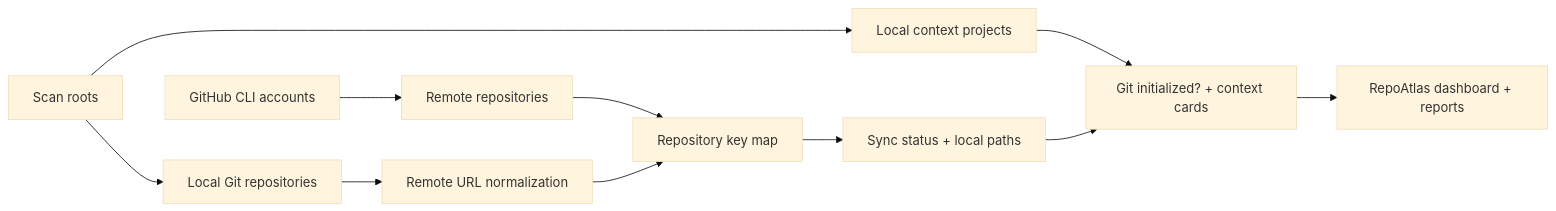
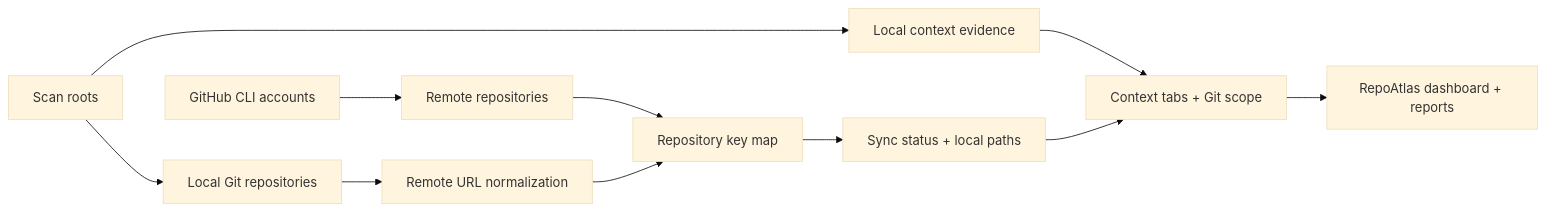
Before and after one commit to Harzva/RepoAtlas: the diagram in README.md, drawn with Mermaid (base theme). The commit also changed other lines of this file and 8 other files, not shown here.

Commit message:
Add repository context tabs

````diff
--- a/README.md
+++ b/README.md
@@ -126,13 +126,13 @@
 ```mermaid
 flowchart LR
   A["GitHub CLI accounts"] --> B["Remote repositories"]
   C["Scan roots"] --> D["Local Git repositories"]
-  C --> J["Local context projects"]
+  C --> J["Local context evidence"]
   D --> E["Remote URL normalization"]
   B --> F["Repository key map"]
   E --> F
   F --> G["Sync status + local paths"]
-  J --> H["Git initialized? + context cards"]
+  J --> H["Context tabs + Git scope"]
   G --> H
   H --> I["RepoAtlas dashboard + reports"]
 ```
````
